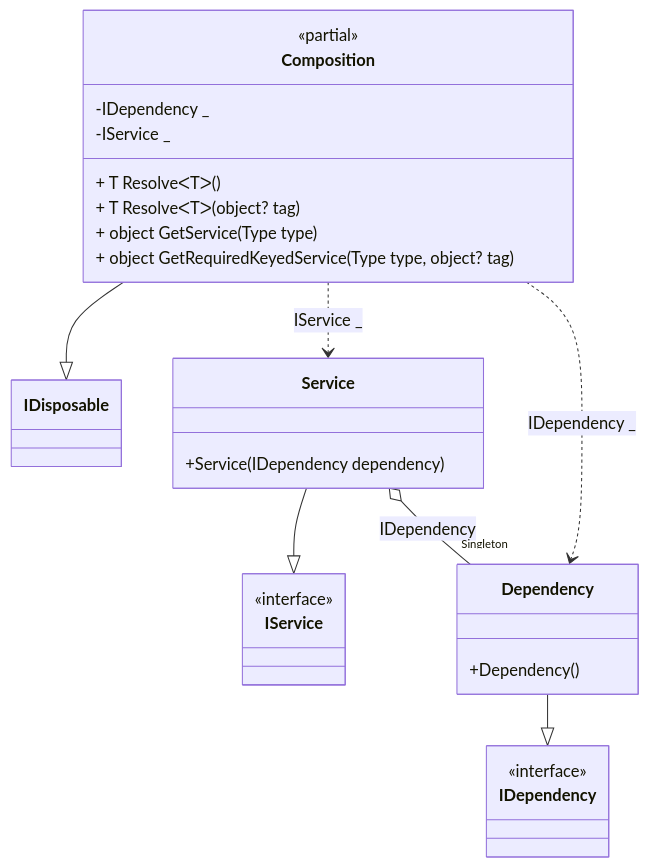
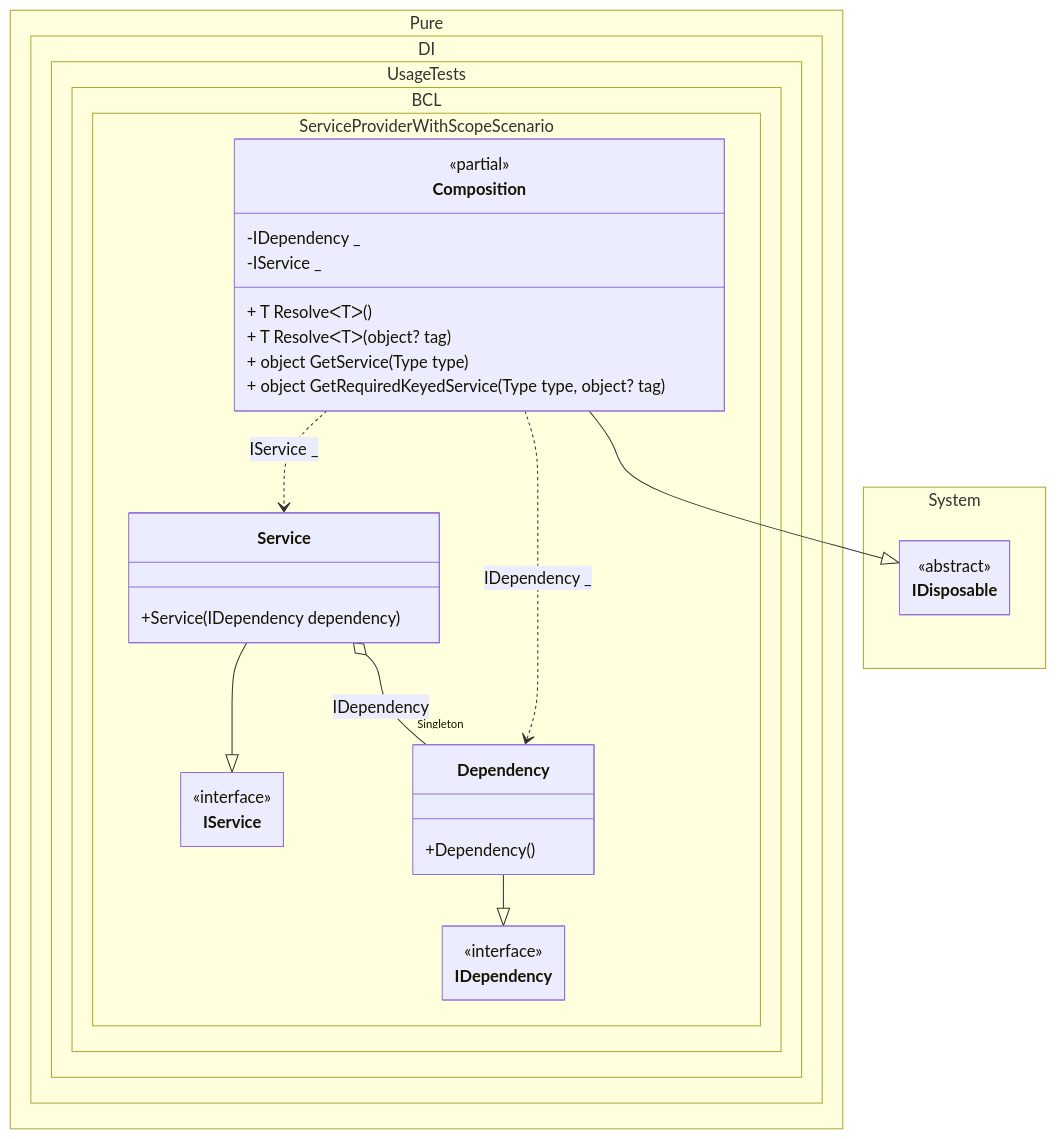
One commit to DevTeam/Pure.DI changed the diagram in readme/service-provider-with-scope.md. Above: the diagram before and after it, drawn with Mermaid. The commit also changed 103 other files, not shown here.

Commit message:
Improved class diagrams

````diff
--- a/readme/service-provider-with-scope.md
+++ b/readme/service-provider-with-scope.md
@@ -323,30 +323,42 @@
 ```mermaid
+---
+ config:
+  class:
+   hideEmptyMembersBox: true
+---
 classDiagram
-	class Composition {
+	Composition --|> IDisposable
+	Service --|> IService
+	Dependency --|> IDependency
+	Composition ..> Service : IService _
+	Composition ..> Dependency : IDependency _
+	Service o-- "Singleton" Dependency : IDependency
+	namespace Pure.DI.UsageTests.BCL.ServiceProviderWithScopeScenario {
+		class Composition {
 		<<partial>>
 		-IDependency _
 		-IService _
 		+ T ResolveᐸTᐳ()
 		+ T ResolveᐸTᐳ(object? tag)
 		+ object GetService(Type type)
 		+ object GetRequiredKeyedService(Type type, object? tag)
+		}
+		class Dependency {
+			+Dependency()
+		}
+		class IDependency {
+			<<interface>>
+		}
+		class IService {
+			<<interface>>
+		}
+		class Service {
+			+Service(IDependency dependency)
+		}
 	}
-	Composition --|> IDisposable
-	Service --|> IService
-	class Service {
-		+Service(IDependency dependency)
+	namespace System {
+		class IDisposable {
+			<<abstract>>
+		}
 	}
-	Dependency --|> IDependency
-	class Dependency {
-		+Dependency()
-	}
-	class IService {
-		<<interface>>
-	}
-	class IDependency {
-		<<interface>>
-	}
-	Composition ..> Service : IService _
-	Composition ..> Dependency : IDependency _
-	Service o-- "Singleton" Dependency : IDependency
 ```
````
